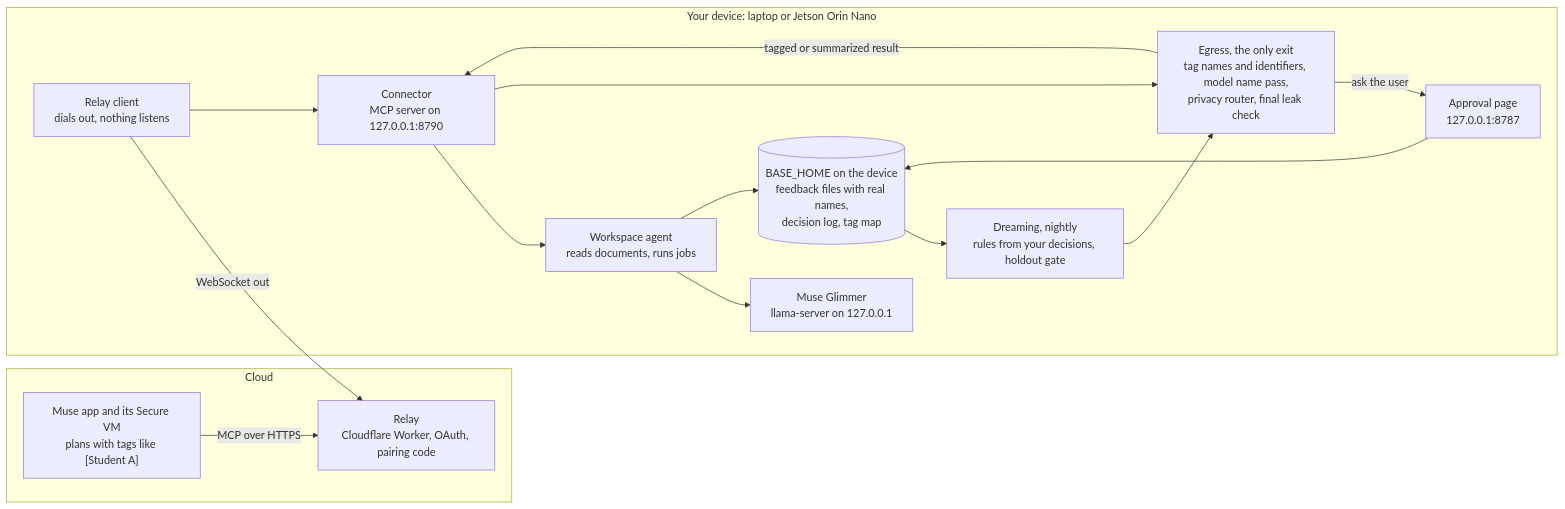
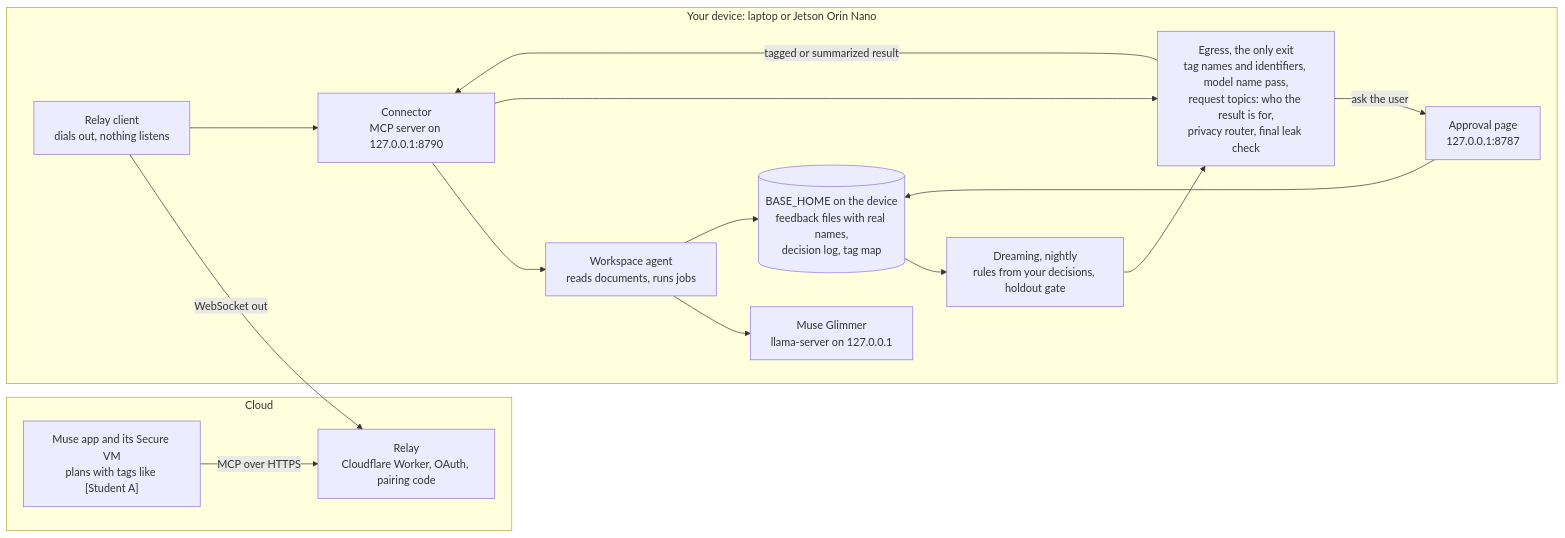
The diagram in README.md (Offline-Base/muse-muse), drawn with Mermaid before and after one commit. The commit also changed other lines of this file and 98 other files, not shown here.

````diff
--- a/README.md
+++ b/README.md
@@ -11,29 +11,29 @@
 ```mermaid
 flowchart LR
   subgraph cloud["Cloud"]
     muse["Muse app and its Secure VM<br/>plans with tags like [Student A]"]
     relay["Relay<br/>Cloudflare Worker, OAuth, pairing code"]
   end
   subgraph device["Your device: laptop or Jetson Orin Nano"]
     client["Relay client<br/>dials out, nothing listens"]
     conn["Connector<br/>MCP server on 127.0.0.1:8790"]
     agent["Workspace agent<br/>reads documents, runs jobs"]
     glimmer["Muse Glimmer<br/>llama-server on 127.0.0.1"]
-    egress["Egress, the only exit<br/>tag names and identifiers, model name pass,<br/>privacy router, final leak check"]
+    egress["Egress, the only exit<br/>tag names and identifiers, model name pass,<br/>request topics: who the result is for,<br/>privacy router, final leak check"]
     page["Approval page<br/>127.0.0.1:8787"]
     home[("BASE_HOME on the device<br/>feedback files with real names,<br/>decision log, tag map")]
     dream["Dreaming, nightly<br/>rules from your decisions, holdout gate"]
   end
   muse -- "MCP over HTTPS" --> relay
   client -- "WebSocket out" --> relay
   client --> conn
   conn --> agent
   agent --> glimmer
   agent --> home
   conn --> egress
   egress -- "ask the user" --> page
   page --> home
   home --> dream
   dream --> egress
   egress -- "tagged or summarized result" --> conn
 ```
````
